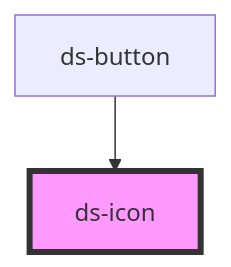
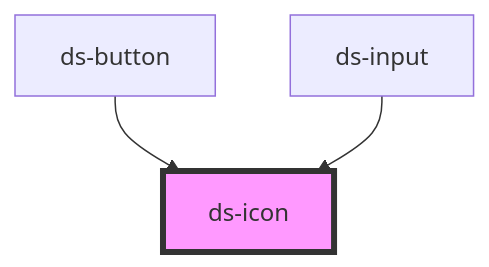
The diagram in src/components/atoms/icon/readme.md (milioce/stencil-starter-ds), drawn with Mermaid before and after one commit. The commit also changed other lines of this file and 7 other files, not shown here.

````diff
--- a/src/components/atoms/icon/readme.md
+++ b/src/components/atoms/icon/readme.md
@@ -25,5 +26,6 @@
 ```mermaid
 graph TD;
   ds-button --> ds-icon
+  ds-input --> ds-icon
   style ds-icon fill:#f9f,stroke:#333,stroke-width:4px
 ```
````
